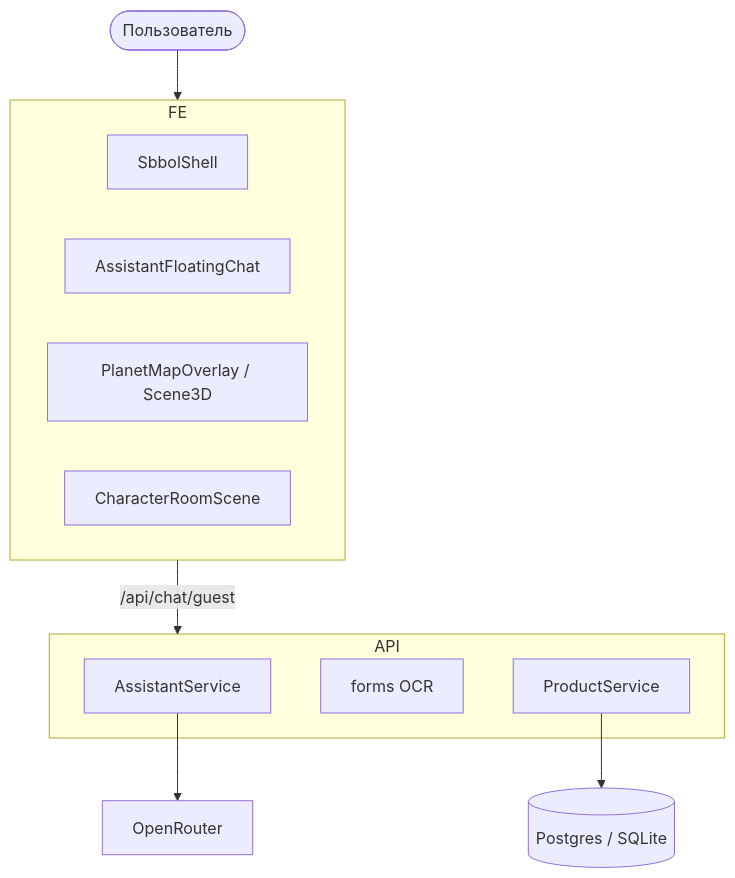
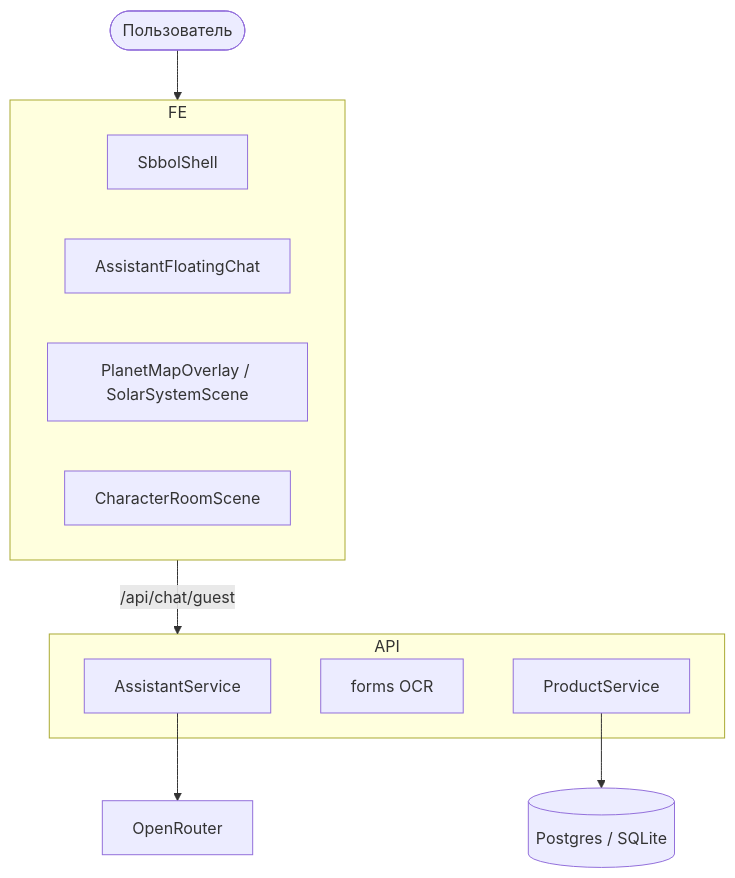
Before and after one commit to grrraaaa/mvp: the first of 2 diagrams in docs/ARCHITECTURE.md, drawn with Mermaid. The commit also changed other lines of this file and 54 other files, not shown here.

````diff
--- a/docs/ARCHITECTURE.md
+++ b/docs/ARCHITECTURE.md
@@ -12,22 +12,22 @@
 ```mermaid
 graph TB
     U([Пользователь]) --> FE[Next.js]
 
     subgraph FE
         SHELL[SbbolShell]
         CHAT[AssistantFloatingChat]
-        MAP[PlanetMapOverlay / Scene3D]
+        MAP[PlanetMapOverlay / SolarSystemScene]
         STUDIO[CharacterRoomScene]
     end
 
     FE -->|/api/chat/guest| API[FastAPI / api/index.py]
 
     subgraph API
         AIS[AssistantService]
         FORMS[forms OCR]
         PRD[ProductService]
     end
 
     AIS --> LLM[OpenRouter]
     PRD --> DB[(Postgres / SQLite)]
 ```
````
